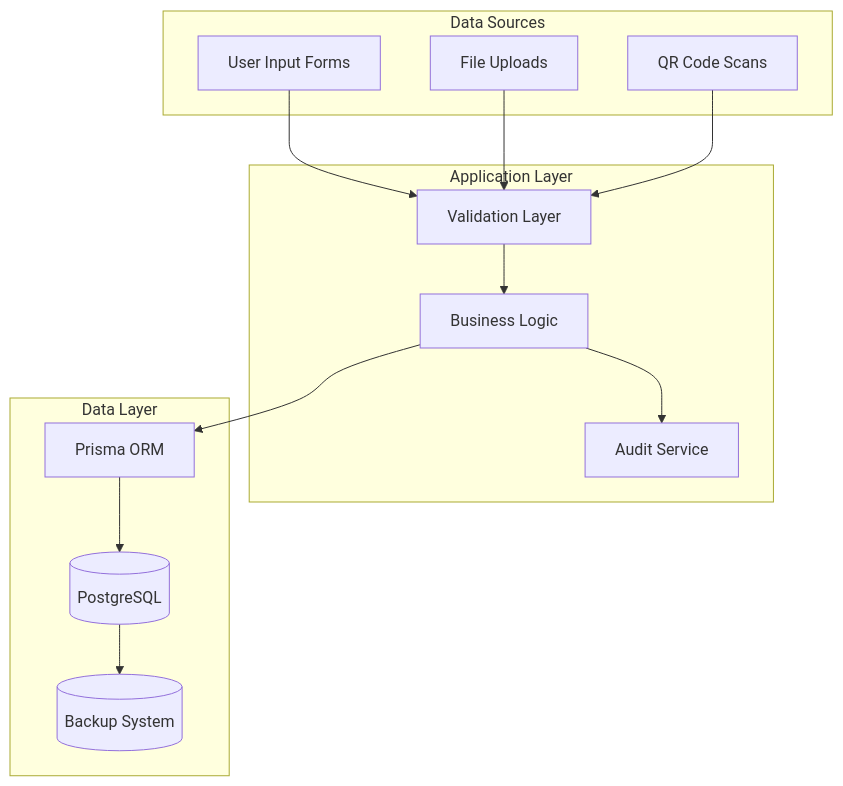
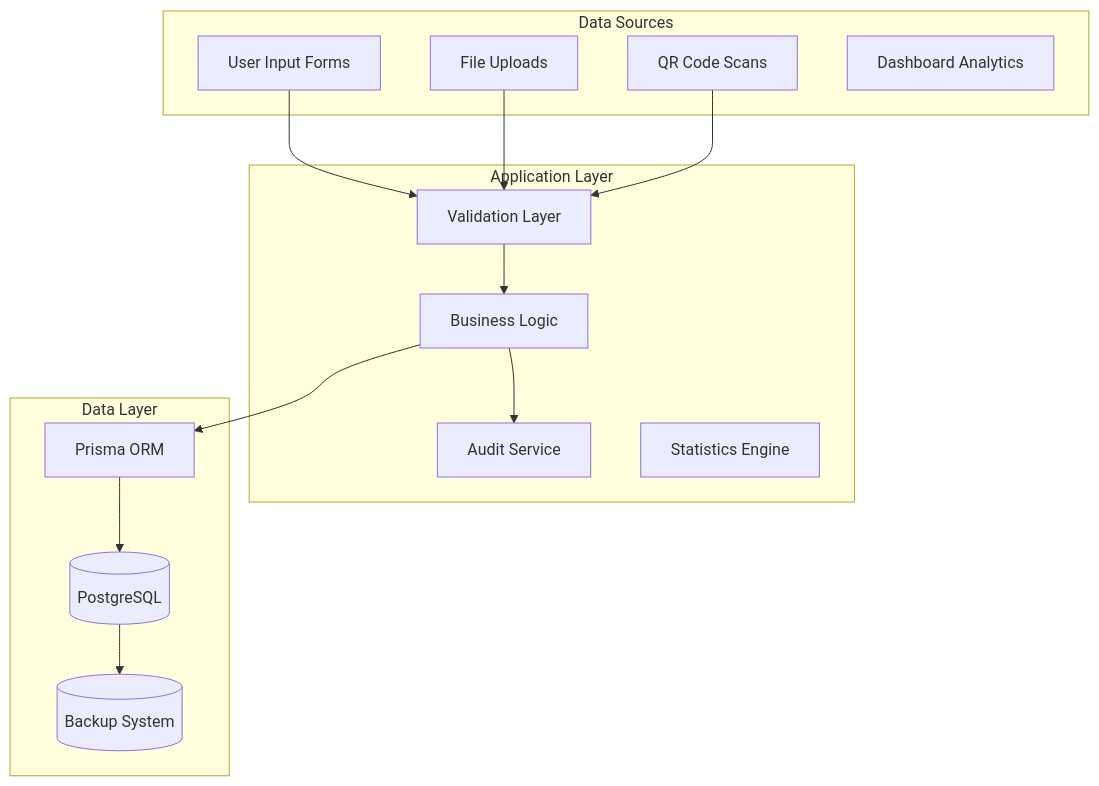
The first of 2 diagrams in docs/architecture/03-data-architecture.md (JayeshKakkad-Rotoclear/Etikettdruck), drawn with Mermaid before and after one commit. The commit also changed other lines of this file and 5 other files, not shown here.

````diff
--- a/docs/architecture/03-data-architecture.md
+++ b/docs/architecture/03-data-architecture.md
@@ -16,29 +17,31 @@
 ```mermaid
 graph TD
     subgraph "Data Sources"
         UI[User Input Forms]
         FILES[File Uploads]
         QR[QR Code Scans]
+        ANALYTICS[Dashboard Analytics]
     end
     
     subgraph "Application Layer"
         VALID[Validation Layer]
         BL[Business Logic]
         AUDIT[Audit Service]
+        STATS[Statistics Engine]
     end
     
     subgraph "Data Layer"
         PRISMA[Prisma ORM]
         DB[(PostgreSQL)]
         BACKUP[(Backup System)]
     end
     
     UI --> VALID
     FILES --> VALID
     QR --> VALID
     VALID --> BL
     BL --> AUDIT
     BL --> PRISMA
     PRISMA --> DB
     DB --> BACKUP
 ```
````
